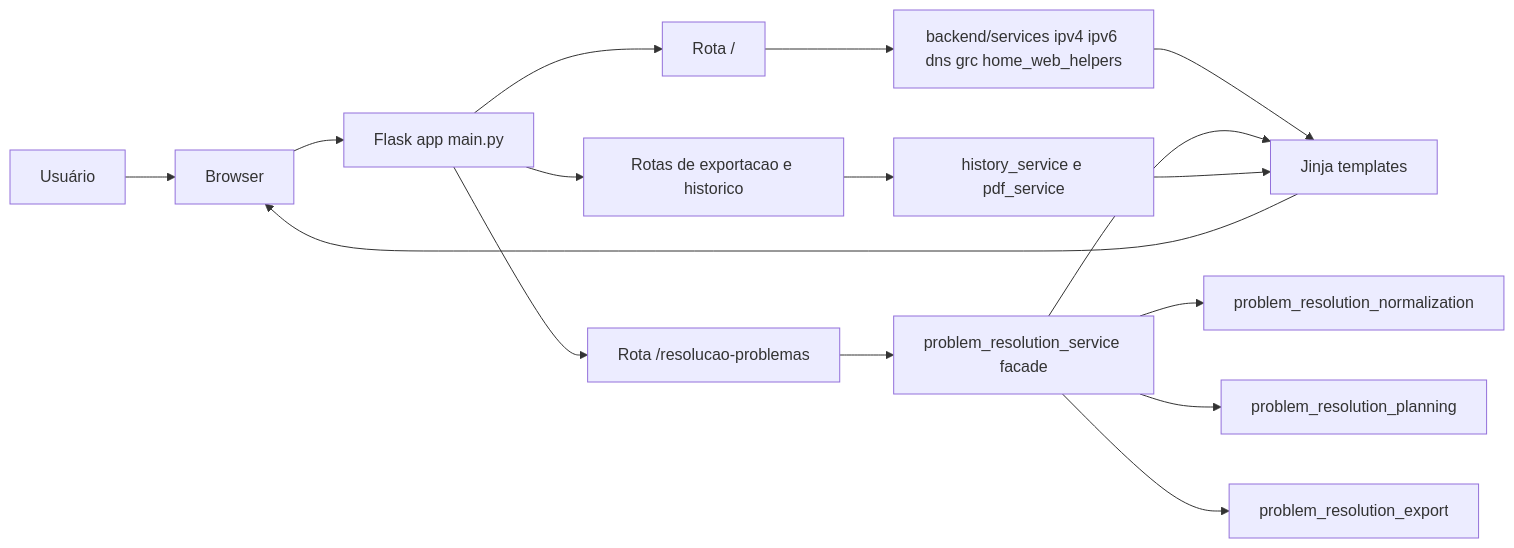
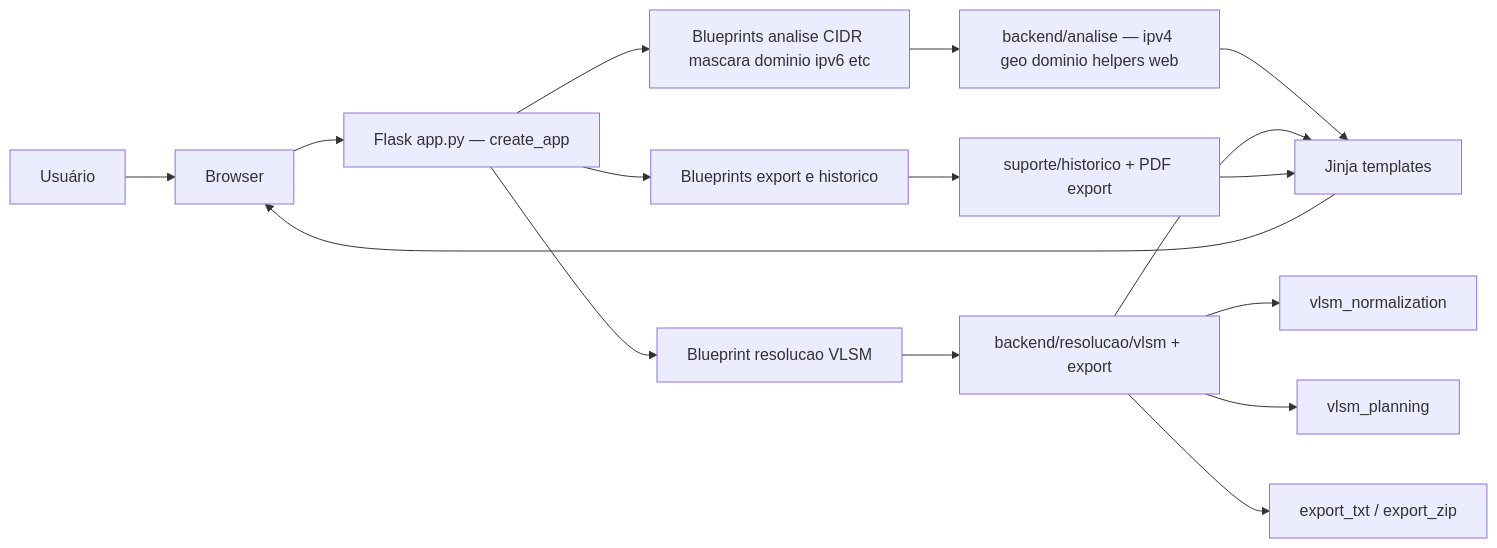
Before and after one commit to carmipa/FRAMEWORK_DE_REDES_ANALISE_DIDATICA_AVANCADA: the first of 3 diagrams in README.md, drawn with Mermaid. The commit also changed other lines of this file and 109 other files, not shown here.

````diff
--- a/README.md
+++ b/README.md
@@ -83,18 +83,18 @@
 ```mermaid
 flowchart LR
     U[Usuário] --> W[Browser]
-    W --> A[Flask app main.py]
-    A --> R1[Rota /]
-    A --> R2[Rota /resolucao-problemas]
-    A --> R3[Rotas de exportacao e historico]
-    R1 --> S1[backend/services ipv4 ipv6 dns grc home_web_helpers]
-    R2 --> S2[problem_resolution_service facade]
-    S2 --> S2A[problem_resolution_normalization]
-    S2 --> S2B[problem_resolution_planning]
-    S2 --> S2C[problem_resolution_export]
-    R3 --> S3[history_service e pdf_service]
+    W --> A[Flask app.py — create_app]
+    A --> R1[Blueprints analise CIDR mascara dominio ipv6 etc]
+    A --> R2[Blueprint resolucao VLSM]
+    A --> R3[Blueprints export e historico]
+    R1 --> S1[backend/analise — ipv4 geo dominio helpers web]
+    R2 --> S2[backend/resolucao/vlsm + export]
+    S2 --> S2A[vlsm_normalization]
+    S2 --> S2B[vlsm_planning]
+    S2 --> S2C[export_txt / export_zip]
+    R3 --> S3[suporte/historico + PDF export]
     S1 --> T[Jinja templates]
     S2 --> T
     S3 --> T
     T --> W
 ```
````
